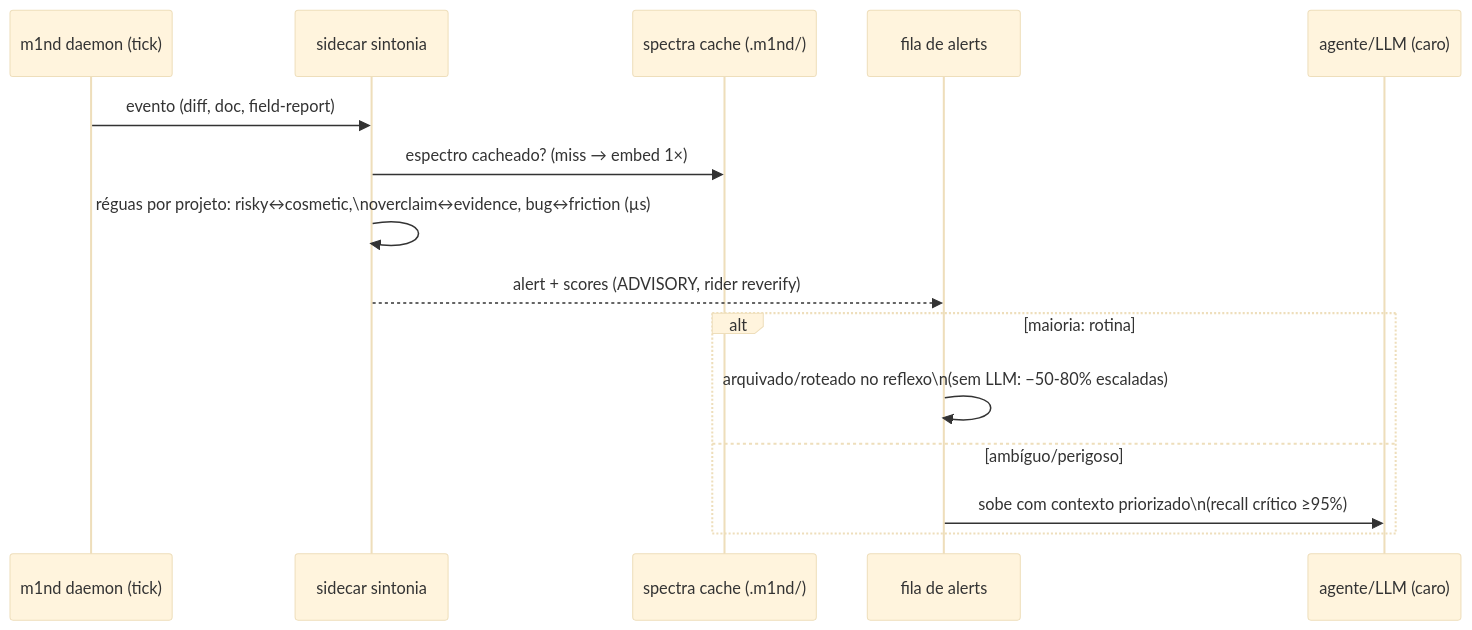
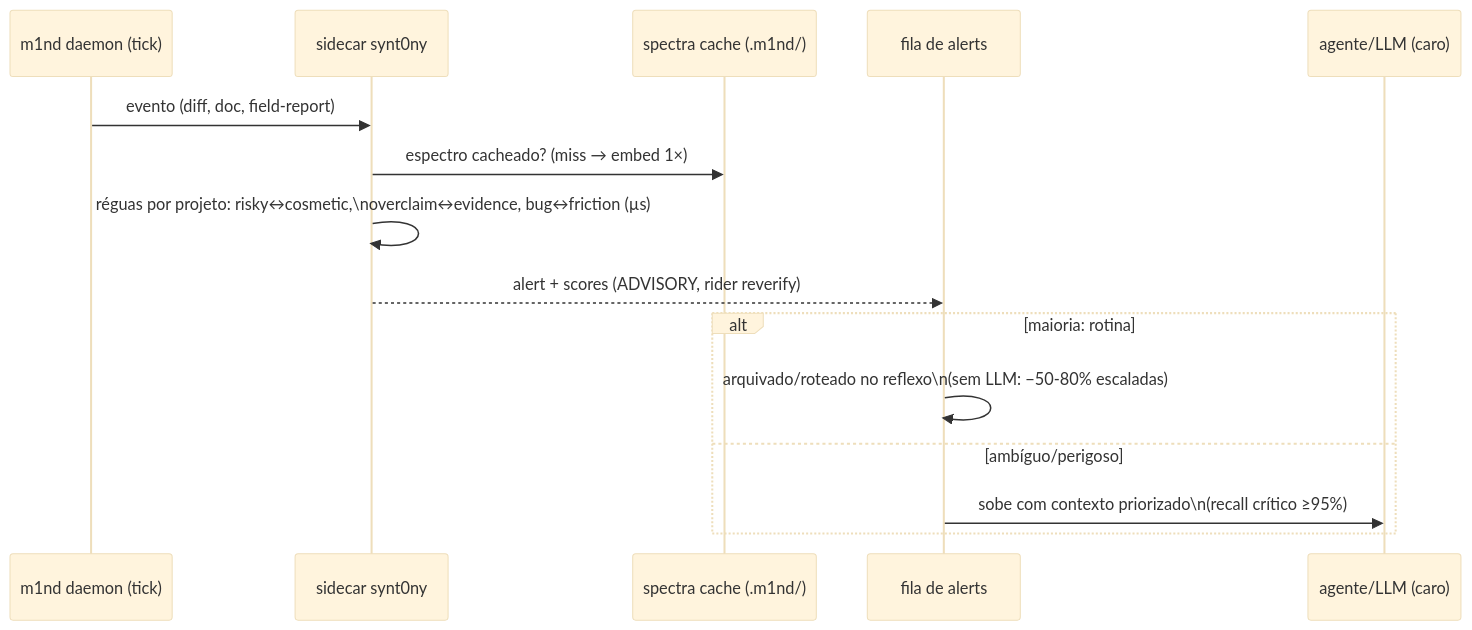
The third of 4 diagrams in docs/UML.md (maxkle1nz/synt0ny), drawn with Mermaid (base theme) before and after one commit. The commit also changed other lines of this file and 6 other files, not shown here.

First line of the commit message:
Rename: sintonia becomes synt0ny

````diff
--- a/docs/UML.md
+++ b/docs/UML.md
@@ -60,17 +60,17 @@
 ```mermaid
 sequenceDiagram
     participant D as m1nd daemon (tick)
-    participant SC as sidecar sintonia
+    participant SC as sidecar synt0ny
     participant K as spectra cache (.m1nd/)
     participant A as fila de alerts
     participant LLM as agente/LLM (caro)
     D->>SC: evento (diff, doc, field-report)
     SC->>K: espectro cacheado? (miss → embed 1×)
     SC->>SC: réguas por projeto: risky↔cosmetic,\noverclaim↔evidence, bug↔friction (µs)
     SC-->>A: alert + scores (ADVISORY, rider reverify)
     alt maioria: rotina
         A->>A: arquivado/roteado no reflexo\n(sem LLM: −50-80% escaladas)
     else ambíguo/perigoso
         A->>LLM: sobe com contexto priorizado\n(recall crítico ≥95%)
     end
 ```
````
